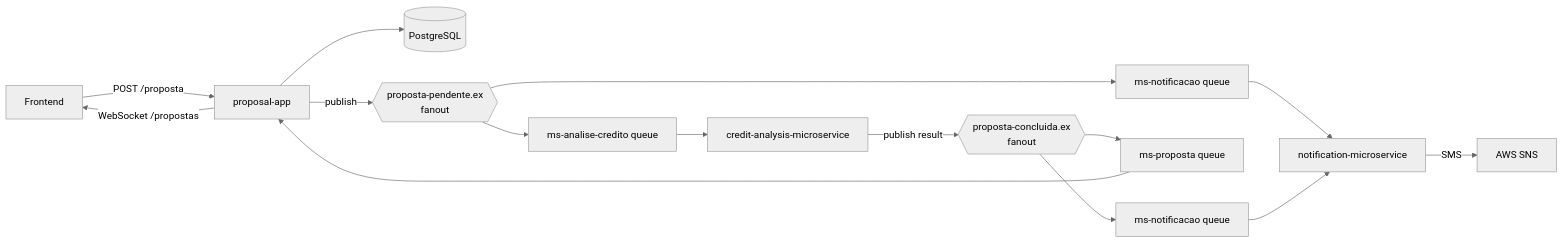
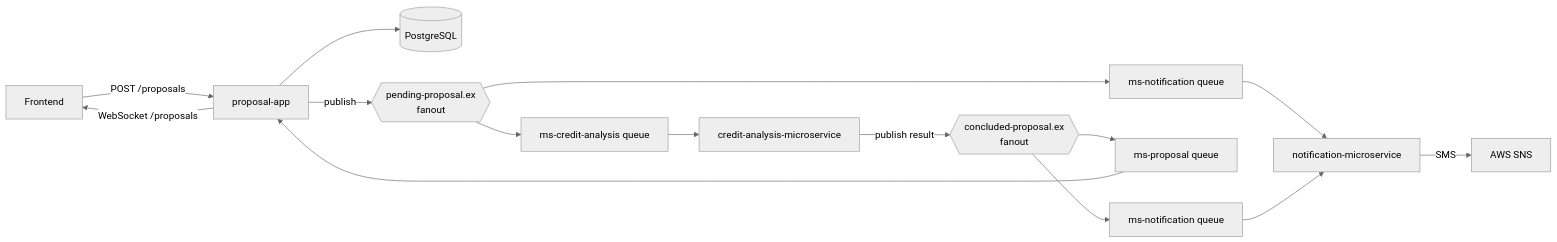
The diagram in README.md (MateuSkywalker90/proposal-app), drawn with Mermaid (neutral theme) before and after one commit. The commit also changed other lines of this file and 41 other files, not shown here.

````diff
--- a/README.md
+++ b/README.md
@@ -21,17 +21,17 @@
 ```mermaid
 flowchart LR
-    FE[Frontend] -->|POST /proposta| PA[proposal-app]
+    FE[Frontend] -->|POST /proposals| PA[proposal-app]
     PA --> DB[(PostgreSQL)]
-    PA -->|publish| EX1{{proposta-pendente.ex<br/>fanout}}
-    EX1 --> Q1[ms-analise-credito queue]
-    EX1 --> Q2[ms-notificacao queue]
+    PA -->|publish| EX1{{pending-proposal.ex<br/>fanout}}
+    EX1 --> Q1[ms-credit-analysis queue]
+    EX1 --> Q2[ms-notification queue]
     Q1 --> CA[credit-analysis-microservice]
     Q2 --> NS[notification-microservice]
-    CA -->|publish result| EX2{{proposta-concluida.ex<br/>fanout}}
-    EX2 --> Q3[ms-proposta queue]
-    EX2 --> Q4[ms-notificacao queue]
+    CA -->|publish result| EX2{{concluded-proposal.ex<br/>fanout}}
+    EX2 --> Q3[ms-proposal queue]
+    EX2 --> Q4[ms-notification queue]
     Q3 --> PA
     Q4 --> NS
     NS -->|SMS| SNS[AWS SNS]
-    PA -->|WebSocket /propostas| FE
+    PA -->|WebSocket /proposals| FE
 ```
````
